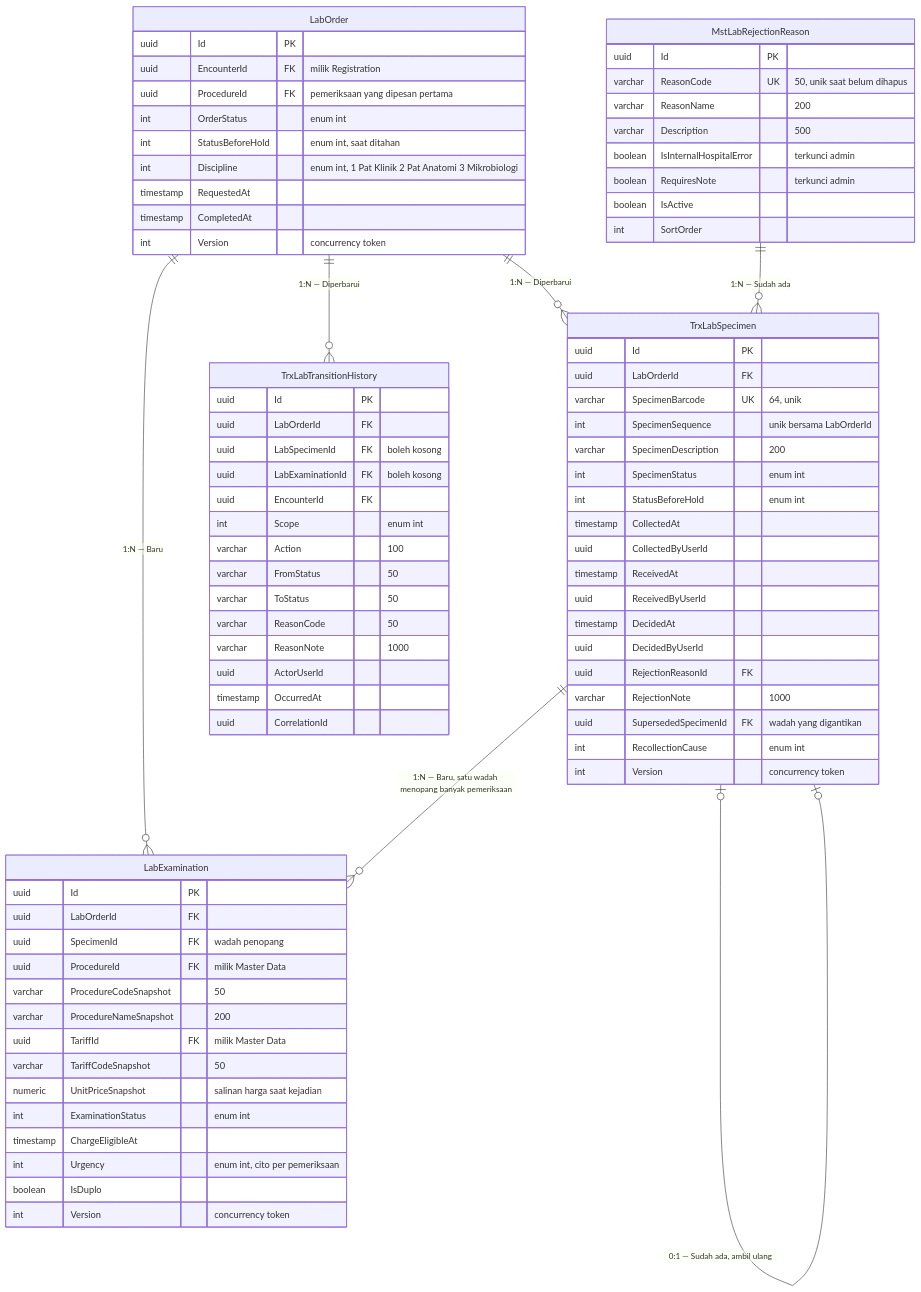
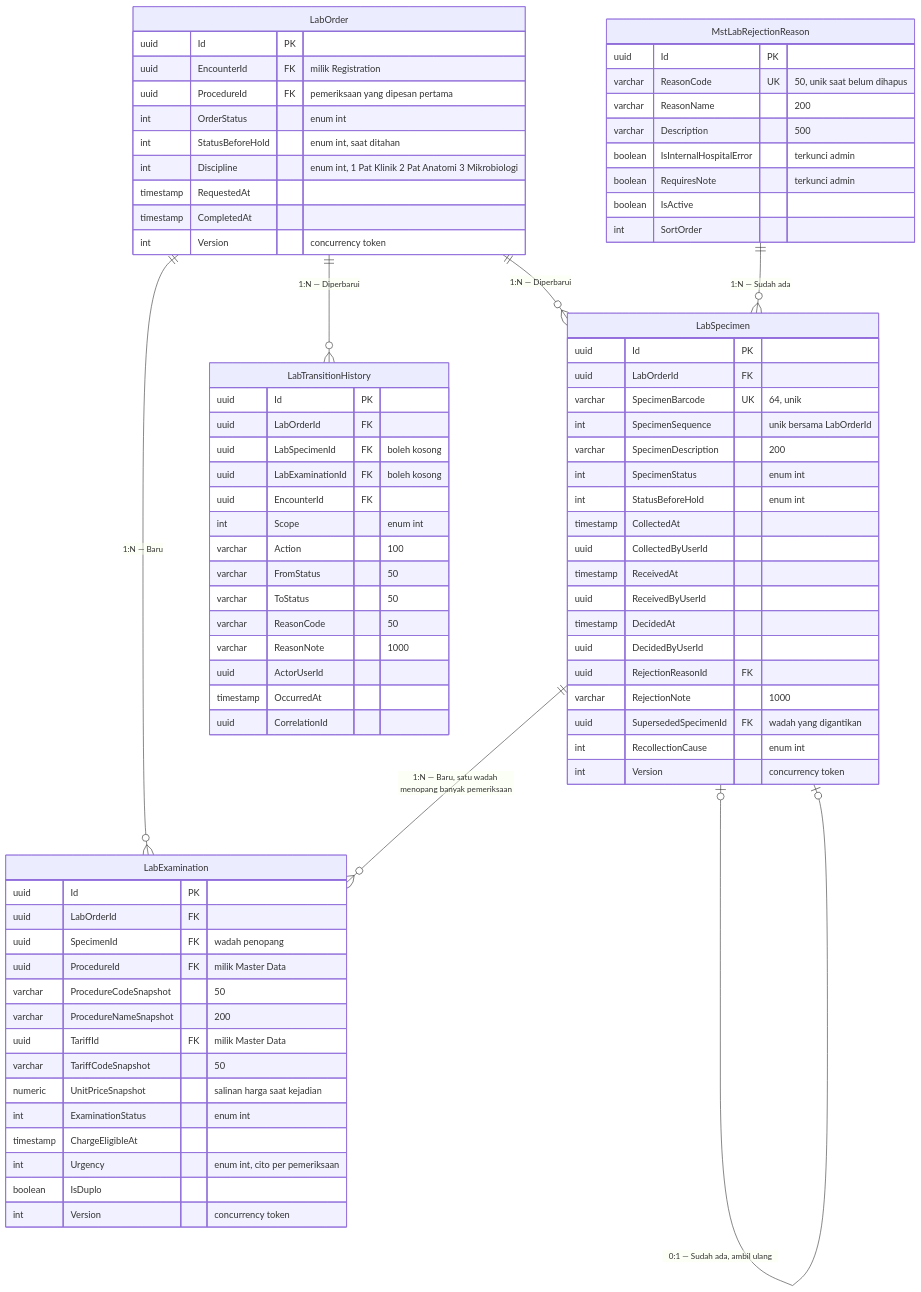
The first of 3 diagrams in docs/module-blueprints/laboratorium/erd/laboratory-operations.md (DevBenari/NewQuilvianSystemBackend), drawn with Mermaid before and after one commit. The commit also changed other lines of this file and 61 other files, not shown here.

````diff
--- a/docs/module-blueprints/laboratorium/erd/laboratory-operations.md
+++ b/docs/module-blueprints/laboratorium/erd/laboratory-operations.md
@@ -28,7 +28,7 @@
         timestamp CompletedAt
         int Version "concurrency token"
     }
-    TrxLabSpecimen {
+    LabSpecimen {
         uuid Id PK
         uuid LabOrderId FK
         varchar SpecimenBarcode UK "64, unik"
@@ -64,7 +64,7 @@
         boolean IsDuplo
         int Version "concurrency token"
     }
-    TrxLabTransitionHistory {
+    LabTransitionHistory {
         uuid Id PK
         uuid LabOrderId FK
         uuid LabSpecimenId FK "boleh kosong"
@@ -91,10 +91,10 @@
         int SortOrder
     }
 
-    LabOrder ||--o{ TrxLabSpecimen : "1:N — Diperbarui"
+    LabOrder ||--o{ LabSpecimen : "1:N — Diperbarui"
     LabOrder ||--o{ LabExamination : "1:N — Baru"
-    TrxLabSpecimen ||--o{ LabExamination : "1:N — Baru, satu wadah menopang banyak pemeriksaan"
-    TrxLabSpecimen |o--o| TrxLabSpecimen : "0:1 — Sudah ada, ambil ulang"
-    MstLabRejectionReason ||--o{ TrxLabSpecimen : "1:N — Sudah ada"
-    LabOrder ||--o{ TrxLabTransitionHistory : "1:N — Diperbarui"
+    LabSpecimen ||--o{ LabExamination : "1:N — Baru, satu wadah menopang banyak pemeriksaan"
+    LabSpecimen |o--o| LabSpecimen : "0:1 — Sudah ada, ambil ulang"
+    MstLabRejectionReason ||--o{ LabSpecimen : "1:N — Sudah ada"
+    LabOrder ||--o{ LabTransitionHistory : "1:N — Diperbarui"
 ```
````
